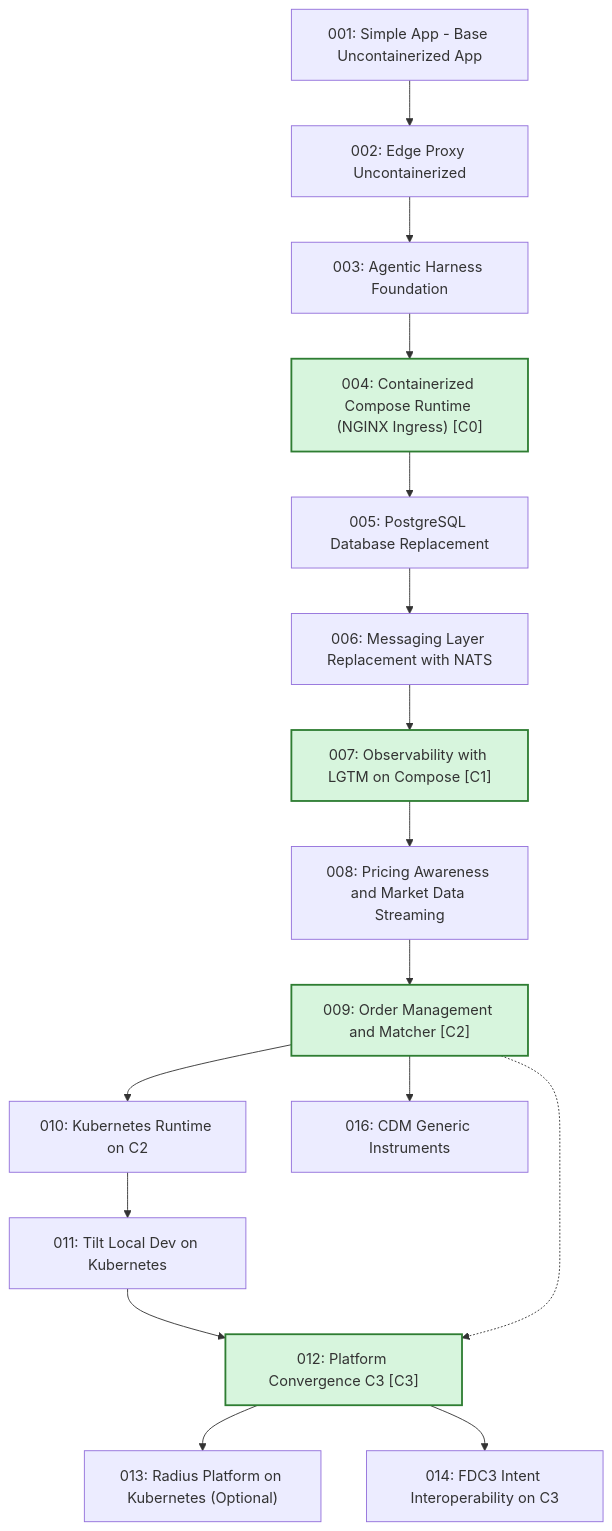
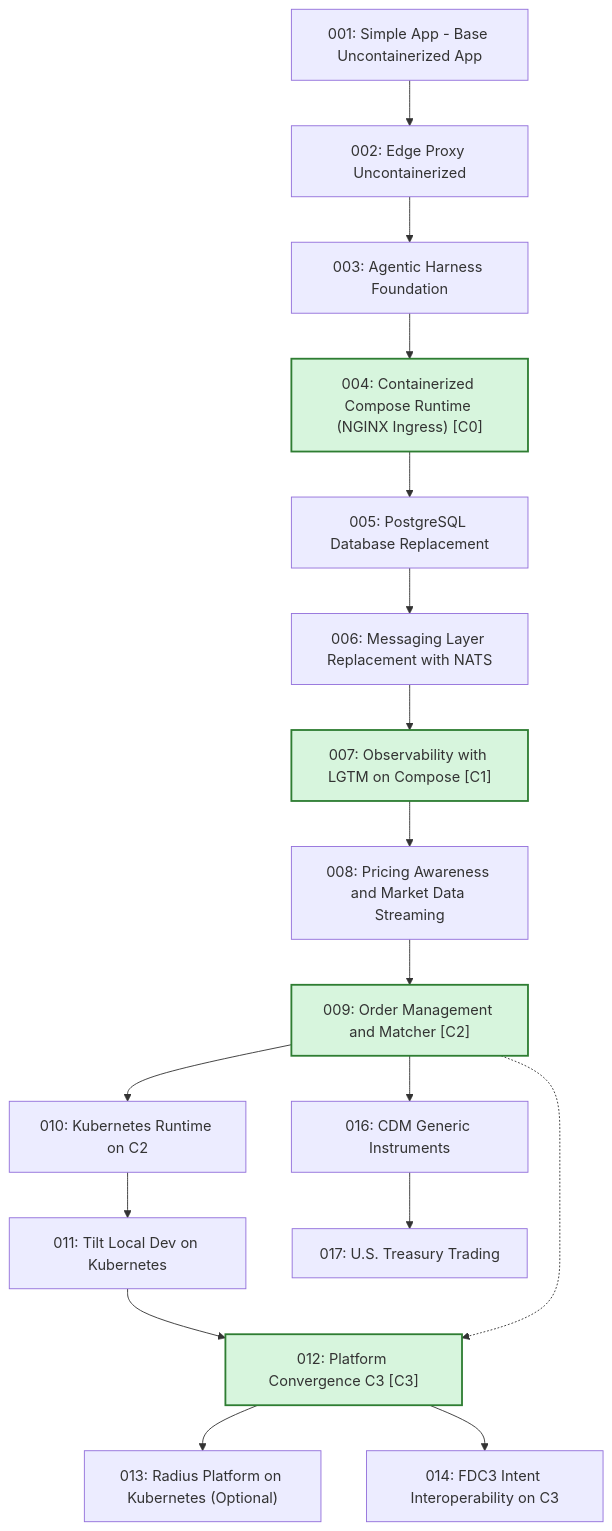
One commit to jduitz/traderX changed the second of 3 diagrams in docs/learning-paths/index.md. Above: the diagram before and after it, drawn with Mermaid. The commit also changed other lines of this file and 67 other files, not shown here.

Commit message:
Implement State 017 U.S. Treasury trading

````diff
--- a/docs/learning-paths/index.md
+++ b/docs/learning-paths/index.md
@@ -36,53 +36,56 @@
 ```mermaid
 flowchart TB
   S001_baseline_uncontainerized_parity["001: Simple App - Base Uncontainerized App"]
   S002_edge_proxy_uncontainerized["002: Edge Proxy Uncontainerized"]
   S003_agentic_harness_foundation["003: Agentic Harness Foundation"]
   S004_containerized_compose_runtime["004: Containerized Compose Runtime (NGINX Ingress) [C0]"]
   S005_postgres_database_replacement["005: PostgreSQL Database Replacement"]
   S006_messaging_nats_replacement["006: Messaging Layer Replacement with NATS"]
   S007_observability_lgtm_compose["007: Observability with LGTM on Compose [C1]"]
   S008_pricing_awareness_market_data["008: Pricing Awareness and Market Data Streaming"]
   S009_order_management_matcher["009: Order Management and Matcher [C2]"]
   S010_kubernetes_runtime["010: Kubernetes Runtime on C2"]
   S011_tilt_kubernetes_dev_loop["011: Tilt Local Dev on Kubernetes"]
   S012_platform_convergence_c3["012: Platform Convergence C3 [C3]"]
   S013_radius_kubernetes_platform["013: Radius Platform on Kubernetes (Optional)"]
   S014_fdc3_intent_interoperability["014: FDC3 Intent Interoperability on C3"]
   S016_cdm_generic_instruments["016: CDM Generic Instruments"]
+  S017_us_treasury_trading["017: U.S. Treasury Trading"]
   S001_baseline_uncontainerized_parity --> S002_edge_proxy_uncontainerized
   S002_edge_proxy_uncontainerized --> S003_agentic_harness_foundation
   S003_agentic_harness_foundation --> S004_containerized_compose_runtime
   S004_containerized_compose_runtime --> S005_postgres_database_replacement
   S005_postgres_database_replacement --> S006_messaging_nats_replacement
   S006_messaging_nats_replacement --> S007_observability_lgtm_compose
   S007_observability_lgtm_compose --> S008_pricing_awareness_market_data
   S008_pricing_awareness_market_data --> S009_order_management_matcher
   S009_order_management_matcher --> S010_kubernetes_runtime
   S010_kubernetes_runtime --> S011_tilt_kubernetes_dev_loop
   S011_tilt_kubernetes_dev_loop --> S012_platform_convergence_c3
   S012_platform_convergence_c3 --> S013_radius_kubernetes_platform
   S012_platform_convergence_c3 --> S014_fdc3_intent_interoperability
   S009_order_management_matcher --> S016_cdm_generic_instruments
+  S016_cdm_generic_instruments --> S017_us_treasury_trading
   S009_order_management_matcher -.-> S012_platform_convergence_c3
   click S001_baseline_uncontainerized_parity href "/specs/baseline-uncontainerized-parity" "Open State 001 Spec Pack"
   click S002_edge_proxy_uncontainerized href "/specs/edge-proxy-uncontainerized" "Open State 002 Spec Pack"
   click S003_agentic_harness_foundation href "/specs/agentic-harness-foundation" "Open State 003 Spec Pack"
   click S004_containerized_compose_runtime href "/specs/containerized-compose-runtime" "Open State 004 Spec Pack"
   click S005_postgres_database_replacement href "/specs/postgres-database-replacement" "Open State 005 Spec Pack"
   click S006_messaging_nats_replacement href "/specs/messaging-nats-replacement" "Open State 006 Spec Pack"
   click S007_observability_lgtm_compose href "/specs/observability-lgtm-compose" "Open State 007 Spec Pack"
   click S008_pricing_awareness_market_data href "/specs/pricing-awareness-market-data" "Open State 008 Spec Pack"
   click S009_order_management_matcher href "/specs/order-management-matcher" "Open State 009 Spec Pack"
   click S010_kubernetes_runtime href "/specs/kubernetes-runtime" "Open State 010 Spec Pack"
   click S011_tilt_kubernetes_dev_loop href "/specs/tilt-kubernetes-dev-loop" "Open State 011 Spec Pack"
   click S012_platform_convergence_c3 href "/specs/platform-convergence-c3" "Open State 012 Spec Pack"
   click S013_radius_kubernetes_platform href "/specs/radius-kubernetes-platform" "Open State 013 Spec Pack"
   click S014_fdc3_intent_interoperability href "/specs/fdc3-intent-interoperability" "Open State 014 Spec Pack"
   click S016_cdm_generic_instruments href "/specs/cdm-generic-instruments" "Open State 016 Spec Pack"
+  click S017_us_treasury_trading href "/specs/us-treasury-trading" "Open State 017 Spec Pack"
   classDef convergence fill:#d7f5dd,stroke:#2e7d32,stroke-width:2px
   class S004_containerized_compose_runtime convergence
   class S007_observability_lgtm_compose convergence
   class S009_order_management_matcher convergence
   class S012_platform_convergence_c3 convergence
 ```
````
